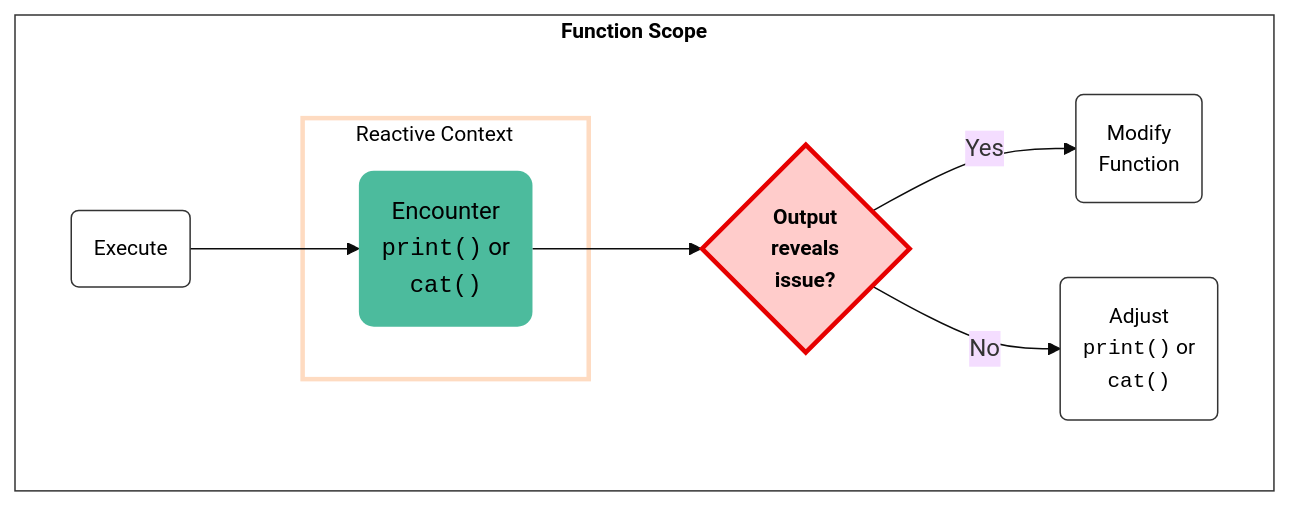
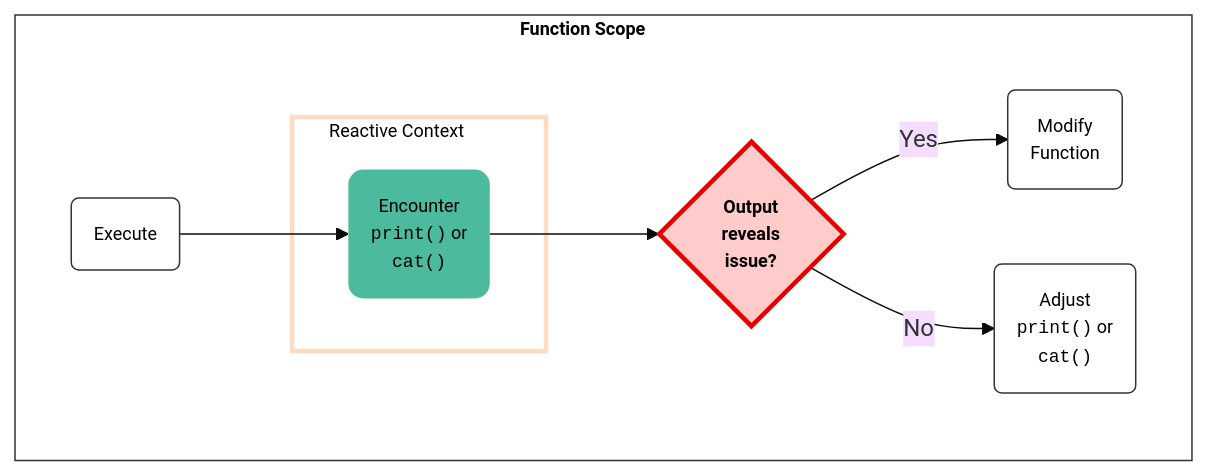
One commit to mjfrigaard/shiny-app-pkgs changed the second of 2 diagrams in debug_print.qmd. Above: the diagram before and after it, drawn with Mermaid. The commit also changed other lines of this file and 82 other files, not shown here.

````diff
--- a/debug_print.qmd
+++ b/debug_print.qmd
@@ -112,23 +113,23 @@
 ```{mermaid}
 %%| label: reactive_print_statement
 %%| fig-align: center
 %%| fig-cap: 'Reactive print debugging with `print()` or `cat()`'
 %%{init: {'theme': 'base', 'themeVariables': { 'fontFamily': 'monospace'}}}%%
 flowchart TD
     subgraph FunctionScope [<strong>Function Scope</strong>]
-    style FunctionScope fill:#FFF,color:#000,stroke:#333,font-size:14px
+    style FunctionScope fill:#FFF,color:#000,stroke:#333,font-size:12px
         subgraph Reactive["Reactive Context"]
-        style Reactive fill:#fff,stroke:#FEDBC1,stroke-width:3px,color:#000,font-size:14px
+        style Reactive fill:#fff,stroke:#FEDBC1,stroke-width:3px,color:#000,font-size:12px
             Print("Encounter<br><code>print()</code> or<br><code>cat()</code>")
-            style Print fill:#4CBB9D,stroke:none,color:#000,rx:10,ry:10
+            style Print fill:#4CBB9D,stroke:none,color:#000,rx:10,ry:10,font-size:12px
         end
         Start("Execute") --> Print("Encounter<br><code>print()</code> or<br><code>cat()</code>")
-        style Start fill:#FFF,stroke:#333,stroke-width:1px,color:#000,font-size:14px
+        style Start fill:#FFF,stroke:#333,stroke-width:1px,color:#000,font-size:12px
         Print --> Issue{"<strong>Output<br>reveals<br>issue?</strong>"}
-        style Issue fill:#ffcccb,stroke:#e60000,stroke-width:3px,color:#000,font-size:14px
+        style Issue fill:#ffcccb,stroke:#e60000,stroke-width:3px,color:#000,font-size:12px
         Issue -- Yes --> Mod("Modify<br>Function")
-        style Mod fill:#FFF,stroke:#333,stroke-width:1px,color:#000,font-size:14px
+        style Mod fill:#FFF,stroke:#333,stroke-width:1px,color:#000,font-size:12px
         Issue -- No --> Debug("Adjust<br><code>print()</code> or<br><code>cat()</code>")
-        style Debug fill:#FFF,stroke:#333,stroke-width:1px,color:#000,font-size:14px
+        style Debug fill:#FFF,stroke:#333,stroke-width:1px,color:#000,font-size:12px
     end
 ```
````
